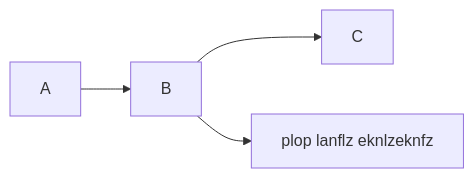
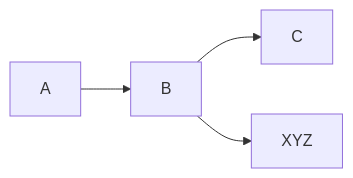
The diagram in notes/service/cms/docusaurus.mdx (wenerme/wener), drawn with Mermaid before and after one commit. The commit also changed 54 other files, not shown here.

````diff
--- a/notes/service/cms/docusaurus.mdx
+++ b/notes/service/cms/docusaurus.mdx
@@ -197,6 +197,6 @@
 ```mermaid
 graph LR;
   A-->B;
   B-->C;
-  B-->D[plop lanflz eknlzeknfz];
+  B-->D[XYZ];
 ```
````
